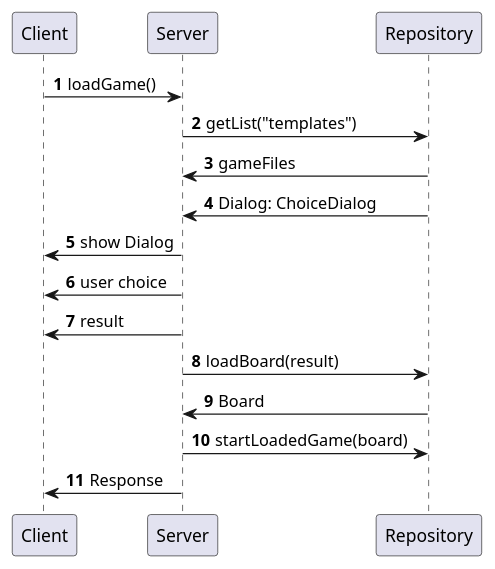
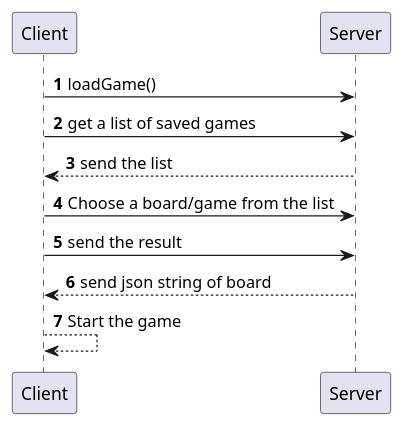
One commit to NegarOstad/RoboRally-Repo changed the diagram in Diagrams/LoadGame.puml. Above: the diagram before and after it, drawn with PlantUML.

Commit message:
loadGame sequence diagram

```diff
--- a/Diagrams/LoadGame.puml
+++ b/Diagrams/LoadGame.puml
@@ -1,19 +1,14 @@
 @startuml
 'https://plantuml.com/sequence-diagram
 
 autonumber
 
 Client -> Server: loadGame()
-Server -> Repository: getList("templates")
-
-Repository -> Server: gameFiles
-Repository -> Server: Dialog: ChoiceDialog
-Server -> Client: show Dialog
-Server -> Client: user choice
-Server -> Client: result
-Server -> Repository: loadBoard(result)
-Repository -> Server: Board
-Server -> Repository: startLoadedGame(board)
-Server -> Client: Response
+Client -> Server : get a list of saved games
+Server --> Client: send the list
+Client -> Server: Choose a board/game from the list
+Client -> Server: send the result
+Server --> Client: send json string of board
+Client --> Client: Start the game
 
 @enduml
```
